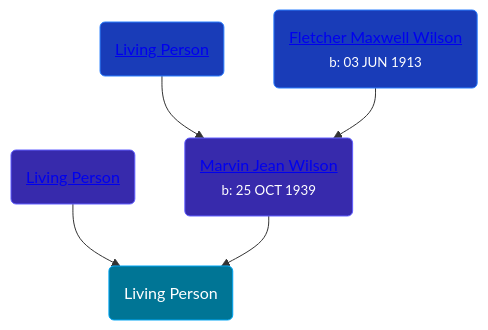
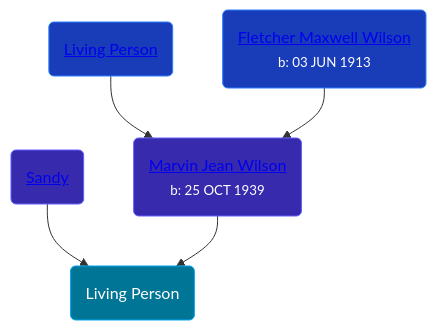
Before and after one commit to wpmgotkh/wpmgotkh.github.io: the diagram in pages/people/3/34064299.md, drawn with Mermaid. The commit also changed other lines of this file and 586 other files, not shown here.

Commit message:
feat: better shouldConsiderPersonLiving algo

````diff
--- a/pages/people/3/34064299.md
+++ b/pages/people/3/34064299.md
@@ -10,11 +10,11 @@
 ```mermaid
 graph
 classDef grands fill:#193cb8,stroke:#2b7fff,stroke-width:1px,color:#fff;
 classDef parents fill:#372aac,stroke:#615fff,stroke-width:1px,color:#fff;
 classDef primary fill:#007595,stroke:#00a6f4,stroke-width:1px,color:#fff;
 34064299(Living Person):::primary
-30798033(<a class="text-white" href="/people/3/30798033">Living Person</a>):::parents-->34064299
+30798033(<a class="text-white" href="/people/3/30798033">Sandy </a>):::parents-->34064299
 40728128(<a class="text-white" href="/people/4/40728128">Marvin Jean Wilson</a><br /><small>b: 25 OCT 1939</small>):::parents-->34064299
 1324224(<a class="text-white" href="/people/1/1324224">Living Person</a>):::grands-->40728128
 32597724(<a class="text-white" href="/people/3/32597724">Fletcher Maxwell Wilson</a><br /><small>b: 03 JUN 1913</small>):::grands-->40728128
 ```
````
